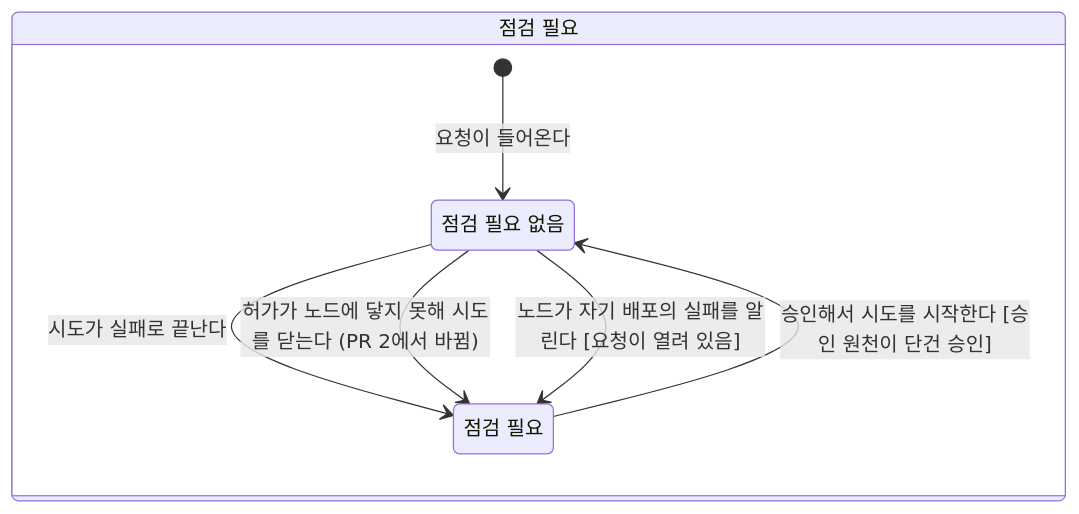
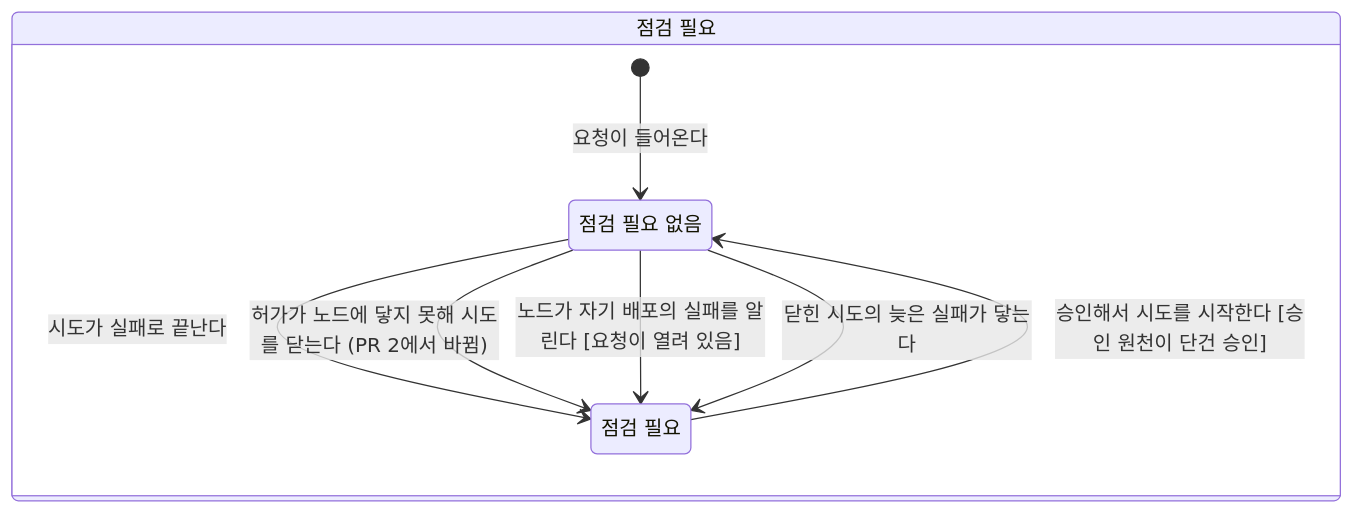
One commit to eiaserinnys/Haniel changed the diagram in docs/deploy-state/generated/request-lock.mmd. Above: the diagram before and after it, drawn with Mermaid. The commit also changed 41 other files, not shown here.

```diff
--- a/docs/deploy-state/generated/request-lock.mmd
+++ b/docs/deploy-state/generated/request-lock.mmd
@@ -1,13 +1,14 @@
 stateDiagram-v2
     direction TB
     classDef breaks fill:#ffecee,stroke:#e72e3b
     classDef notInDesign fill:#fff3e6,stroke:#e8730c
     state "점검 필요" as lock {
         l_off: 점검 필요 없음
         l_on: 점검 필요
         [*] --> l_off: 요청이 들어온다
         l_off --> l_on: 시도가 실패로 끝난다
         l_off --> l_on: 허가가 노드에 닿지 못해 시도를 닫는다 (PR 2에서 바뀜)
         l_off --> l_on: 노드가 자기 배포의 실패를 알린다 [요청이 열려 있음]
+        l_off --> l_on: 닫힌 시도의 늦은 실패가 닿는다
         l_on --> l_off: 승인해서 시도를 시작한다 [승인 원천이 단건 승인]
     }
```
